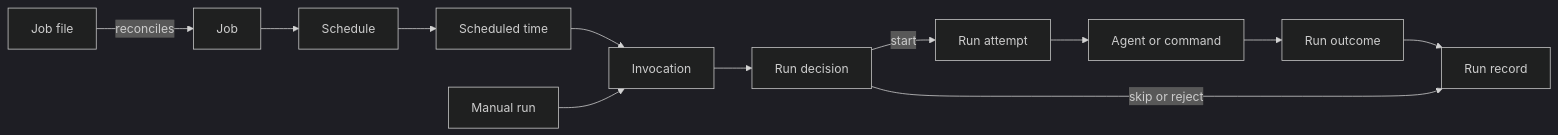
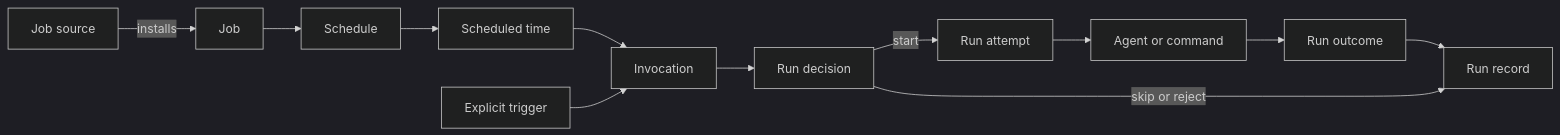
Before and after one commit to iurysza/clockwork: the first of 2 diagrams in README.md, drawn with Mermaid (dark theme). The commit also changed other lines of this file and 84 other files, not shown here.

````diff
--- a/README.md
+++ b/README.md
@@ -63,14 +65,14 @@
 ```mermaid
 flowchart LR
-    Source[Job file] -->|reconciles| Job
+    Source[Job source] -->|installs| Job
     Job --> Schedule
     Schedule --> Occurrence[Scheduled time]
     Occurrence --> Invocation
-    Manual[Manual run] --> Invocation
+    Trigger[Explicit trigger] --> Invocation
     Invocation --> Decision[Run decision]
     Decision -->|start| Attempt[Run attempt]
     Attempt --> Action[Agent or command]
     Action --> Outcome[Run outcome]
     Outcome --> Record[Run record]
     Decision -->|skip or reject| Record
 ```
````
